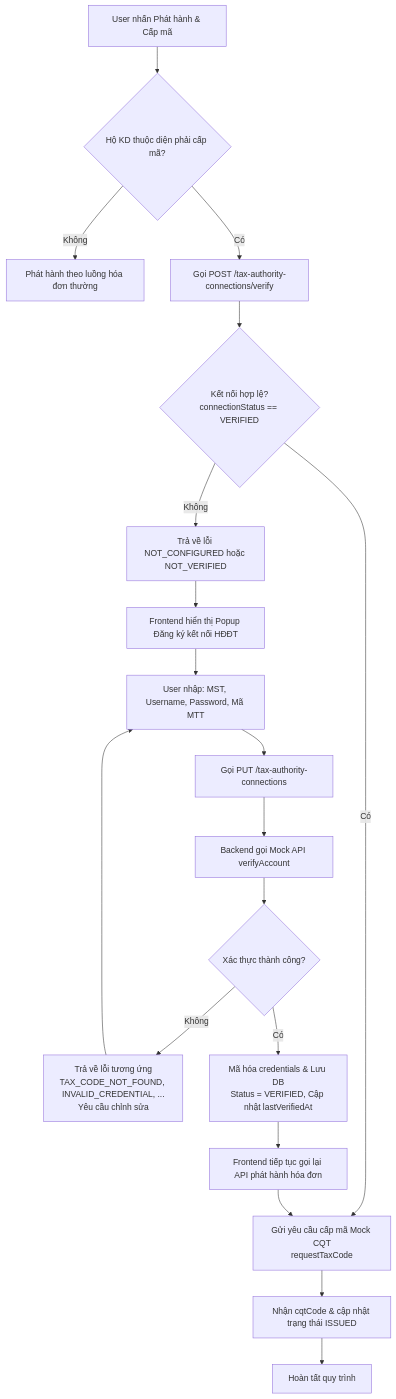
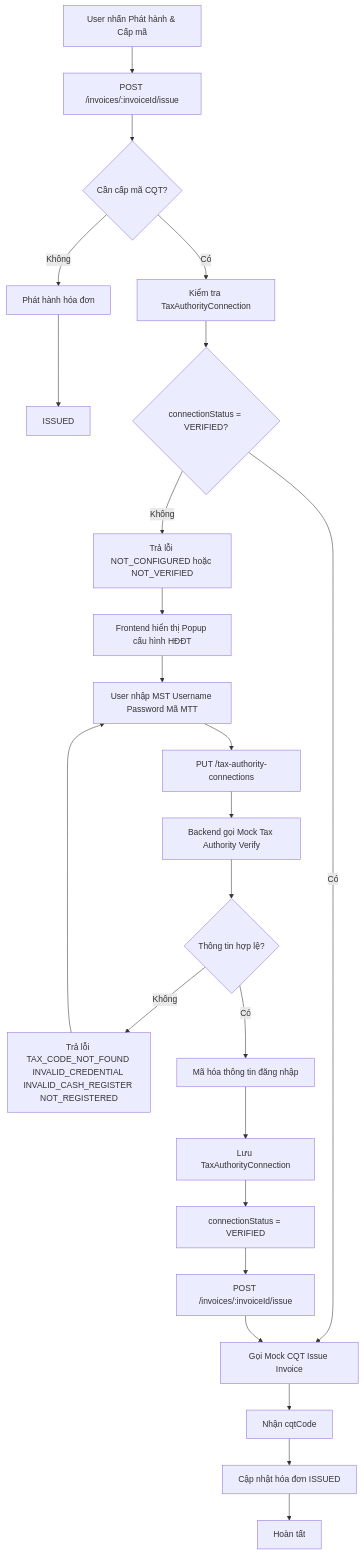
The diagram in src/tax-authority-connections/README.md (VUTRUONG-ML/financial-tax-BE), drawn with Mermaid before and after one commit. The commit also changed other lines of this file and 6 other files, not shown here.

Commit message:
feat(tax-authority-connection): call api mock tax authority

````diff
--- a/src/tax-authority-connections/README.md
+++ b/src/tax-authority-connections/README.md
@@ -11,29 +11,46 @@
 ```mermaid
 graph TD
-    A[User nhấn Phát hành & Cấp mã] --> B{Hộ KD thuộc diện phải cấp mã?}
-    
-    B -- Không --> C[Phát hành theo luồng hóa đơn thường]
-    
-    B -- Có --> D[Gọi POST /tax-authority-connections/verify]
-    
-    D --> E{Kết nối hợp lệ?<br>connectionStatus == VERIFIED}
-    
-    E -- Có --> F[Gửi yêu cầu cấp mã Mock CQT<br>requestTaxCode]
-    F --> G[Nhận cqtCode & cập nhật trạng thái ISSUED]
-    G --> H[Hoàn tất quy trình]
-    
-    E -- Không --> I[Trả về lỗi NOT_CONFIGURED hoặc NOT_VERIFIED]
-    I --> J[Frontend hiển thị Popup Đăng ký kết nối HĐĐT]
-    J --> K[User nhập: MST, Username, Password, Mã MTT]
-    K --> L[Gọi PUT /tax-authority-connections]
-    
-    L --> M[Backend gọi Mock API verifyAccount]
-    M --> N{Xác thực thành công?}
-    
-    N -- Không --> O[Trả về lỗi tương ứng<br>TAX_CODE_NOT_FOUND, INVALID_CREDENTIAL, ...<br>Yêu cầu chỉnh sửa]
-    O --> K
-    
-    N -- Có --> P[Mã hóa credentials & Lưu DB<br>Status = VERIFIED, Cập nhật lastVerifiedAt]
-    P --> Q[Frontend tiếp tục gọi lại API phát hành hóa đơn]
-    Q --> F
+
+A[User nhấn Phát hành & Cấp mã]
+--> B["POST /invoices/:invoiceId/issue"]
+
+B --> C{Cần cấp mã CQT?}
+
+C -- Không --> D[Phát hành hóa đơn]
+D --> E[ISSUED]
+
+C -- Có --> F[Kiểm tra TaxAuthorityConnection]
+
+F --> G{connectionStatus = VERIFIED?}
+
+G -- Có --> H[Gọi Mock CQT Issue Invoice]
+H --> I[Nhận cqtCode]
+I --> J[Cập nhật hóa đơn ISSUED]
+J --> K[Hoàn tất]
+
+G -- Không --> L[Trả lỗi NOT_CONFIGURED hoặc NOT_VERIFIED]
+
+L --> M[Frontend hiển thị Popup cấu hình HĐĐT]
+
+M --> N[User nhập MST Username Password Mã MTT]
+
+N --> O["PUT /tax-authority-connections"]
+
+O --> P[Backend gọi Mock Tax Authority Verify]
+
+P --> Q{Thông tin hợp lệ?}
+
+Q -- Không --> R[Trả lỗi TAX_CODE_NOT_FOUND INVALID_CREDENTIAL INVALID_CASH_REGISTER NOT_REGISTERED]
+
+R --> N
+
+Q -- Có --> S[Mã hóa thông tin đăng nhập]
+
+S --> T[Lưu TaxAuthorityConnection]
+
+T --> U[connectionStatus = VERIFIED]
+
+U --> V["POST /invoices/:invoiceId/issue"]
+
+V --> H
 ```
````
